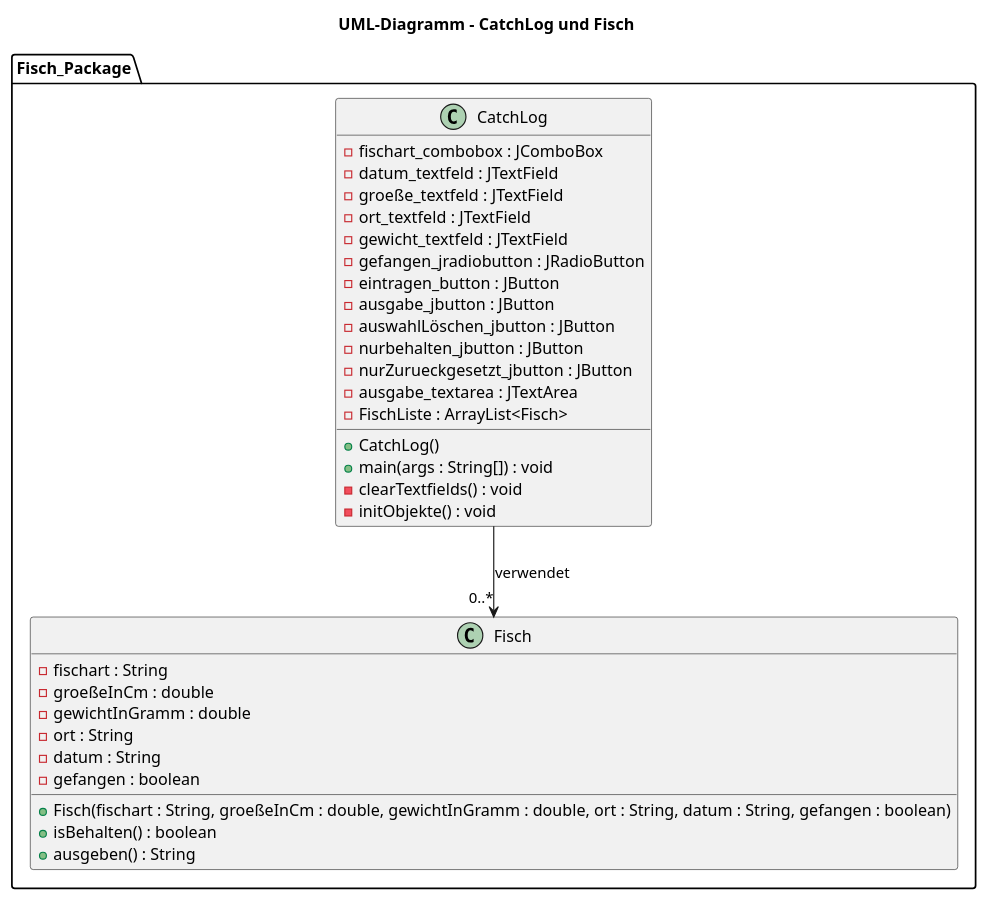
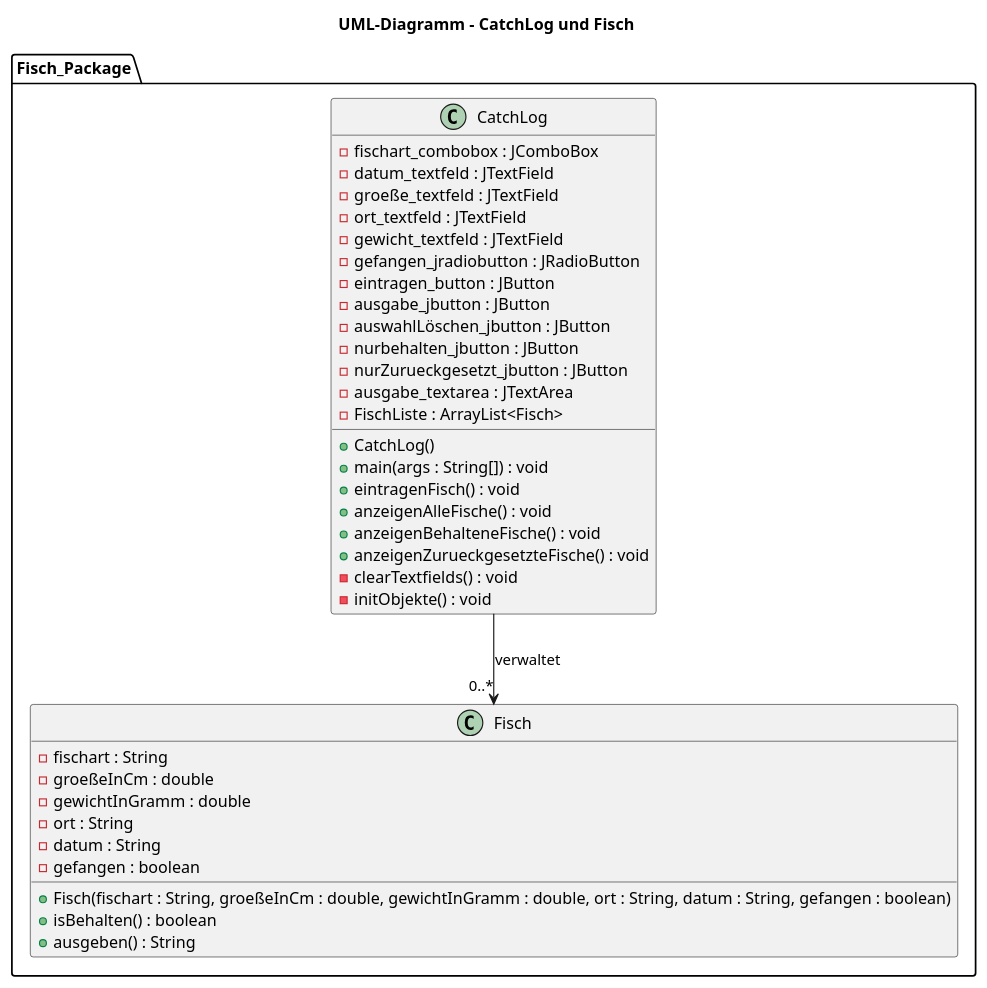
One commit to janishausten/ProTech_Projektarbeit changed the diagram in src/main/java/CatchLog_UML.puml. Above: the diagram before and after it, drawn with PlantUML.

Commit message:
UML Klassendiagramm hinzufügen von Methoden

```diff
--- a/src/main/java/CatchLog_UML.puml
+++ b/src/main/java/CatchLog_UML.puml
@@ -1,43 +1,47 @@
 @startuml
 title UML-Diagramm – CatchLog und Fisch
 
 package "Fisch_Package" {
 
 class CatchLog {
   - fischart_combobox : JComboBox
   - datum_textfeld : JTextField
   - groeße_textfeld : JTextField
   - ort_textfeld : JTextField
   - gewicht_textfeld : JTextField
   - gefangen_jradiobutton : JRadioButton
   - eintragen_button : JButton
   - ausgabe_jbutton : JButton
   - auswahlLöschen_jbutton : JButton
   - nurbehalten_jbutton : JButton
   - nurZurueckgesetzt_jbutton : JButton
   - ausgabe_textarea : JTextArea
   - FischListe : ArrayList<Fisch>
 
   + CatchLog()
   + main(args : String[]) : void
-  - clearTextfields() : void
-  - initObjekte() : void
+  + eintragenFisch() : void
+  + anzeigenAlleFische() : void
+  + anzeigenBehalteneFische() : void
+  + anzeigenZurueckgesetzteFische() : void
+    - clearTextfields() : void
+    - initObjekte() : void
 }
 
 class Fisch {
   - fischart : String
   - groeßeInCm : double
   - gewichtInGramm : double
   - ort : String
   - datum : String
   - gefangen : boolean
 
   + Fisch(fischart : String, groeßeInCm : double, gewichtInGramm : double, ort : String, datum : String, gefangen : boolean)
   + isBehalten() : boolean
   + ausgeben() : String
 }
 
-CatchLog --> "0..*" Fisch : verwendet
+CatchLog --> "0..*" Fisch : verwaltet
 }
 
 @enduml
```
